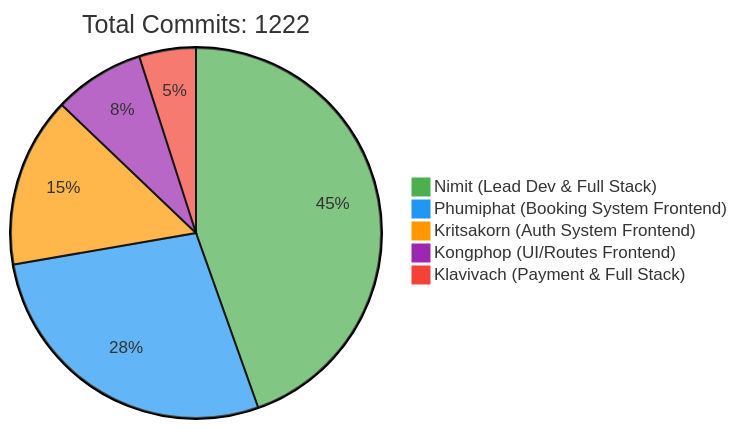
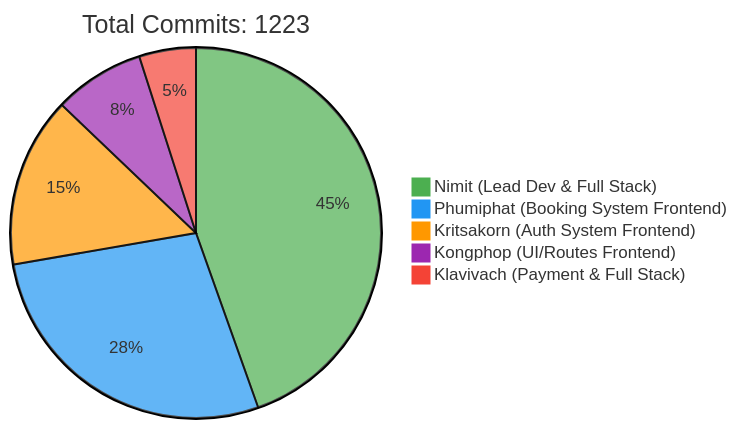
One commit to 6531503042/Sport-Complex changed the first of 2 diagrams in README.md. Above: the diagram before and after it, drawn with Mermaid. The commit also changed other lines of this file, not shown here.

Commit message:
docs: Update contributor statistics [skip ci]

````diff
--- a/README.md
+++ b/README.md
@@ -257,10 +257,10 @@
 ```mermaid
 %%{init: {'theme': 'base', 'themeVariables': { 'pie1': '#4CAF50', 'pie2': '#2196F3', 'pie3': '#FF9800', 'pie4': '#9C27B0', 'pie5': '#F44336'}}}%%
 pie
-    title Total Commits: 1222
+    title Total Commits: 1223
     "Nimit (Lead Dev & Full Stack)" : 450
     "Phumiphat (Booking System Frontend)" : 280
     "Kritsakorn (Auth System Frontend)" : 150
     "Kongphop (UI/Routes Frontend)" : 80
     "Klavivach (Payment & Full Stack)" : 50
 ```
````
